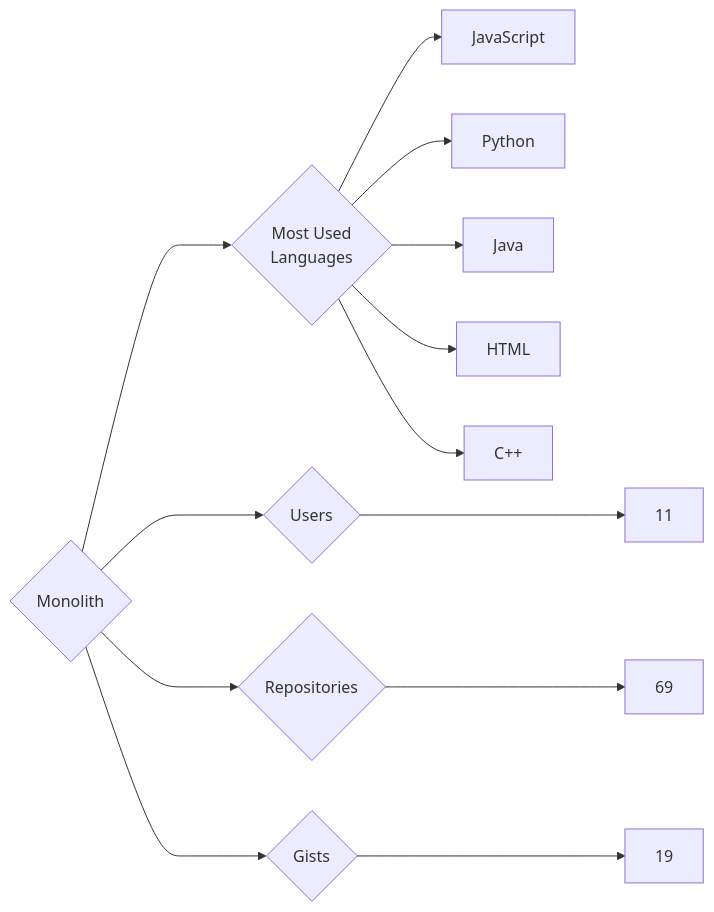
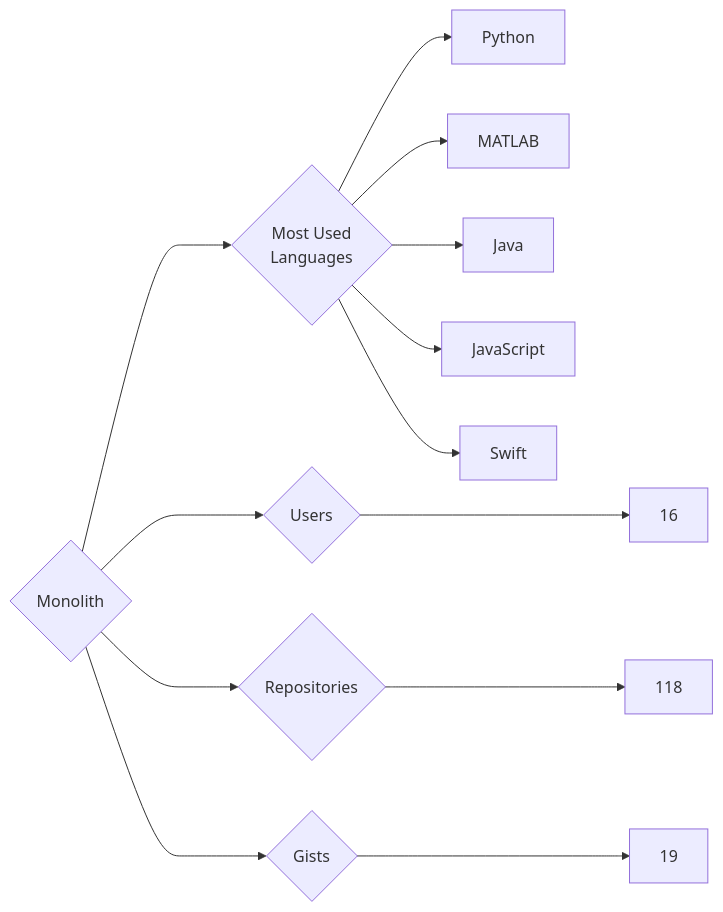
The diagram in targets/Monolith/README.md (trickest/insiders), drawn with Mermaid before and after one commit. The commit also changed 582 other files, not shown here.

````diff
--- a/targets/Monolith/README.md
+++ b/targets/Monolith/README.md
@@ -3,13 +3,13 @@
 ```mermaid
 graph LR
 COMPANY_NAME{Monolith}
-COMPANY_NAME ---> U{Users} ---> UN[11]
-COMPANY_NAME ---> R{Repositories} ---> RN[69]
+COMPANY_NAME ---> U{Users} ---> UN[16]
+COMPANY_NAME ---> R{Repositories} ---> RN[118]
 COMPANY_NAME ---> G{Gists} ---> GN[19]
 COMPANY_NAME ---> ML{Most Used<br>Languages}
+ML --> Python[Python]
+ML --> MATLAB[MATLAB]
+ML --> Java[Java]
 ML --> JavaScript[JavaScript]
-ML --> Python[Python]
-ML --> Java[Java]
-ML --> HTML[HTML]
-ML --> C++[C++]
+ML --> Swift[Swift]
 ```
````
